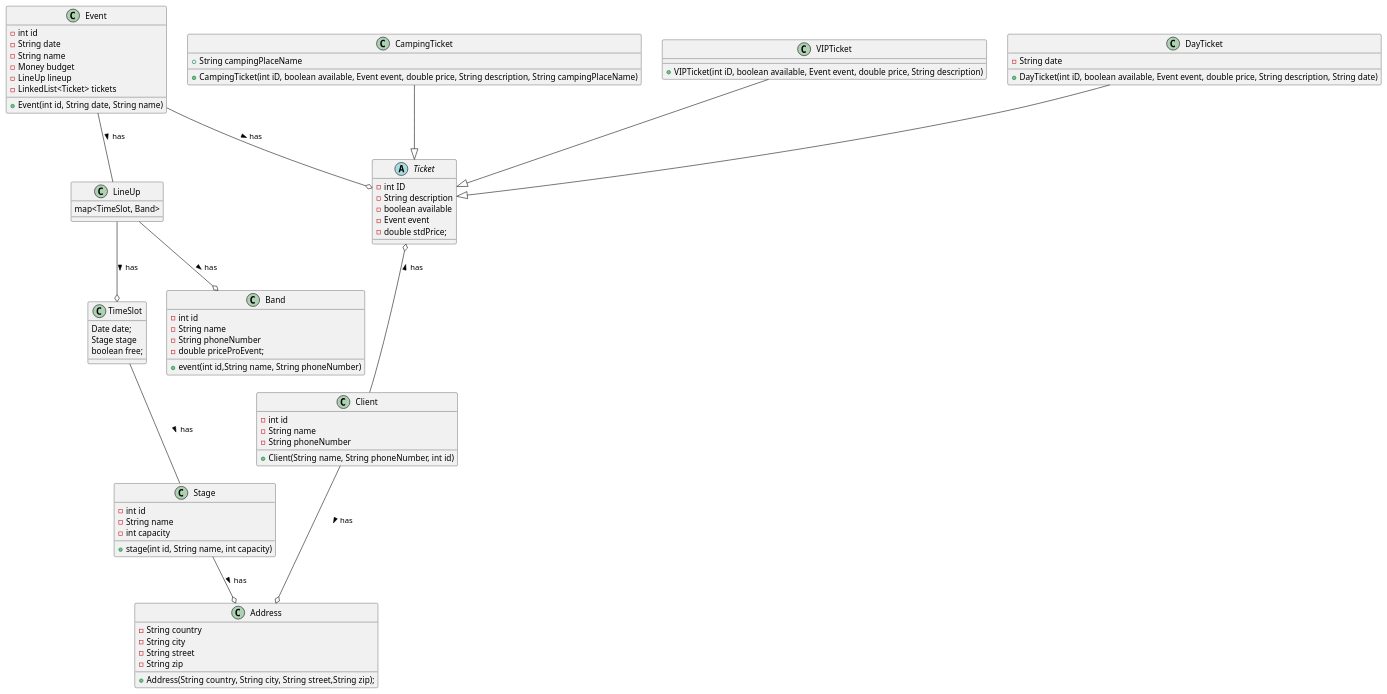
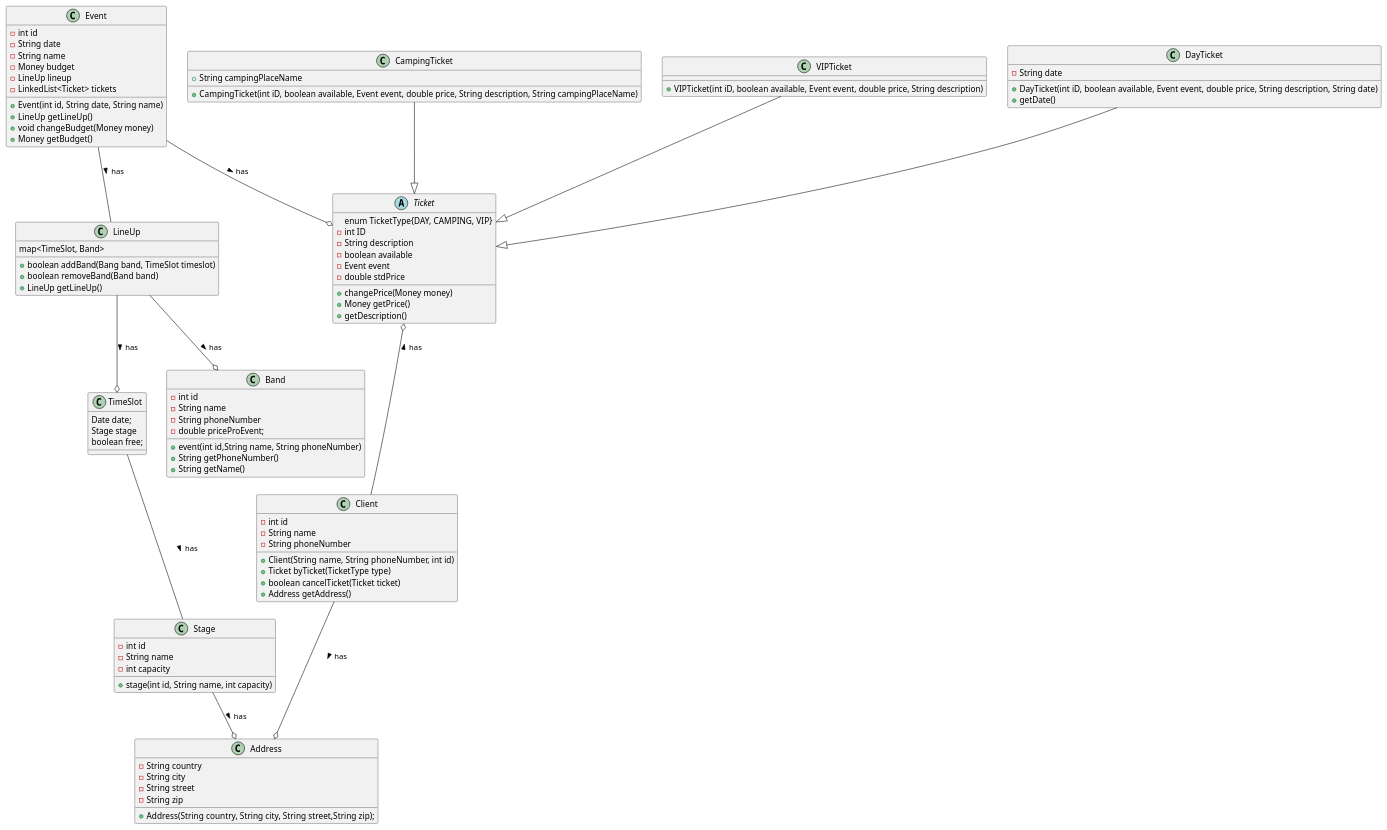
One commit to fh-erfurt/bord-festival changed the diagram in classDiagram.iuml. Above: the diagram before and after it, drawn with PlantUML.

Commit message:
" classDiagram.iuml changed"

```diff
--- a/classDiagram.iuml
+++ b/classDiagram.iuml
@@ -1,78 +1,93 @@
 @startuml
 Event --o Ticket : > has
 Event -- LineUp : > has
 Ticket o-- Client : < has
 CampingTicket --|> Ticket
 VIPTicket --|> Ticket
 DayTicket --|> Ticket
 Stage --o Address : > has
 Client --o Address : > has
 TimeSlot -- Stage : > has
 LineUp --o TimeSlot : > has
 LineUp --o Band : > has
 
 
 class Client{
 -int id
 -String name
 -String phoneNumber
 +Client(String name, String phoneNumber, int id)
++Ticket byTicket(TicketType type)
++boolean cancelTicket(Ticket ticket)
++Address getAddress()
 }
 abstract class Ticket{
+enum TicketType{DAY, CAMPING, VIP}
 -int ID
 -String description
 -boolean available
 -Event event
--double stdPrice;
+-double stdPrice
++changePrice(Money money)
++Money getPrice()
++getDescription()
 }
 
 class Event{
 -int id
 -String date
 -String name
 -Money budget
 -LineUp lineup
 -LinkedList<Ticket> tickets
 +Event(int id, String date, String name)
-
++LineUp getLineUp()
++void changeBudget(Money money)
++Money getBudget()
 }
 class Band{
 -int id
 -String name
 -String phoneNumber
 -double priceProEvent;
 +event(int id,String name, String phoneNumber)
++String getPhoneNumber()
++String getName()
 }
 class Stage{
 -int id
 -String name
 -int capacity
 +stage(int id, String name, int capacity)
 }
 class Address{
 -String country
 -String city
 -String street
 -String zip
 +Address(String country, String city, String street,String zip);
 }
 class DayTicket{
 -String date
 +DayTicket(int iD, boolean available, Event event, double price, String description, String date)
++getDate()
 }
 class CampingTicket{
 +String campingPlaceName
 +CampingTicket(int iD, boolean available, Event event, double price, String description, String campingPlaceName)
 }
 class VIPTicket{
 +VIPTicket(int iD, boolean available, Event event, double price, String description)
 }
 class LineUp{
 map<TimeSlot, Band>
++boolean addBand(Bang band, TimeSlot timeslot)
++boolean removeBand(Band band)
++LineUp getLineUp()
 }
 class TimeSlot{
 Date date;
 Stage stage
 boolean free;
 }
 @enduml
```
